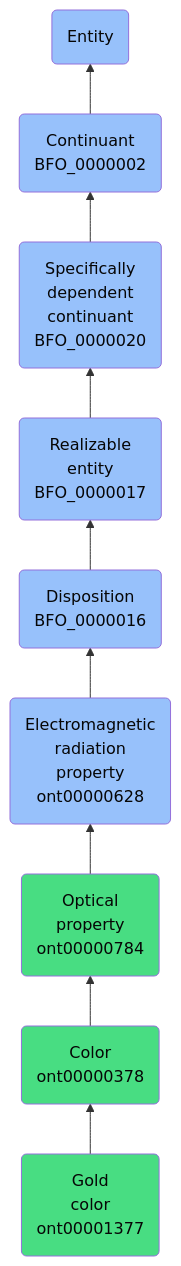
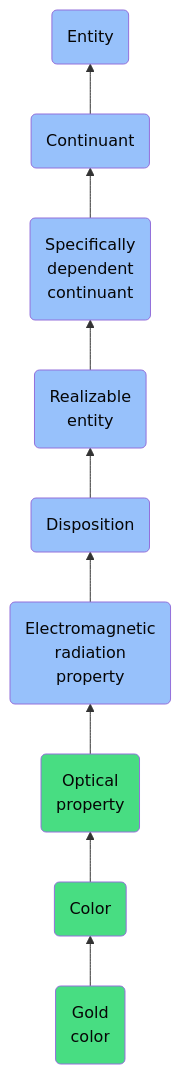
One commit to jupyter-naas/abi changed the diagram in docs/ontology/reference/model/Entity/Continuant/Specifically dependent continuant/Realizable entity/Disposition/Electromagnetic radiation property/Optical property/Color/Gold color/Gold color.md. Above: the diagram before and after it, drawn with Mermaid. The commit also changed other lines of this file and 1430 other files, not shown here.

````diff
--- a/docs/ontology/reference/model/Entity/Continuant/Specifically dependent continuant/Realizable entity/Disposition/Electromagnetic radiation property/Optical property/Color/Gold color/Gold color.md
+++ b/docs/ontology/reference/model/Entity/Continuant/Specifically dependent continuant/Realizable entity/Disposition/Electromagnetic radiation property/Optical property/Color/Gold color/Gold color.md
@@ -24,16 +24,16 @@
 ```mermaid
 graph BT
-    ont00001377(Gold<br>color<br>ont00001377):::ABI-->ont00000378
-    ont00000378(Color<br>ont00000378):::ABI-->ont00000784
-    ont00000784(Optical<br>property<br>ont00000784):::ABI-->ont00000628
-    ont00000628(Electromagnetic<br>radiation<br>property<br>ont00000628):::BFO-->BFO_0000016
-    BFO_0000016(Disposition<br>BFO_0000016):::BFO-->BFO_0000017
-    BFO_0000017(Realizable<br>entity<br>BFO_0000017):::BFO-->BFO_0000020
-    BFO_0000020(Specifically<br>dependent<br>continuant<br>BFO_0000020):::BFO-->BFO_0000002
-    BFO_0000002(Continuant<br>BFO_0000002):::BFO-->BFO_0000001
+    ont00001377(Gold<br>color):::ABI-->ont00000378
+    ont00000378(Color):::ABI-->ont00000784
+    ont00000784(Optical<br>property):::ABI-->ont00000628
+    ont00000628(Electromagnetic<br>radiation<br>property):::BFO-->BFO_0000016
+    BFO_0000016(Disposition):::BFO-->BFO_0000017
+    BFO_0000017(Realizable<br>entity):::BFO-->BFO_0000020
+    BFO_0000020(Specifically<br>dependent<br>continuant):::BFO-->BFO_0000002
+    BFO_0000002(Continuant):::BFO-->BFO_0000001
     BFO_0000001(Entity):::BFO
     
     classDef BFO fill:#97c1fb,color:#060606
     classDef CCO fill:#e4c51e,color:#060606
     classDef ABI fill:#48DD82,color:#060606
 ```
````
